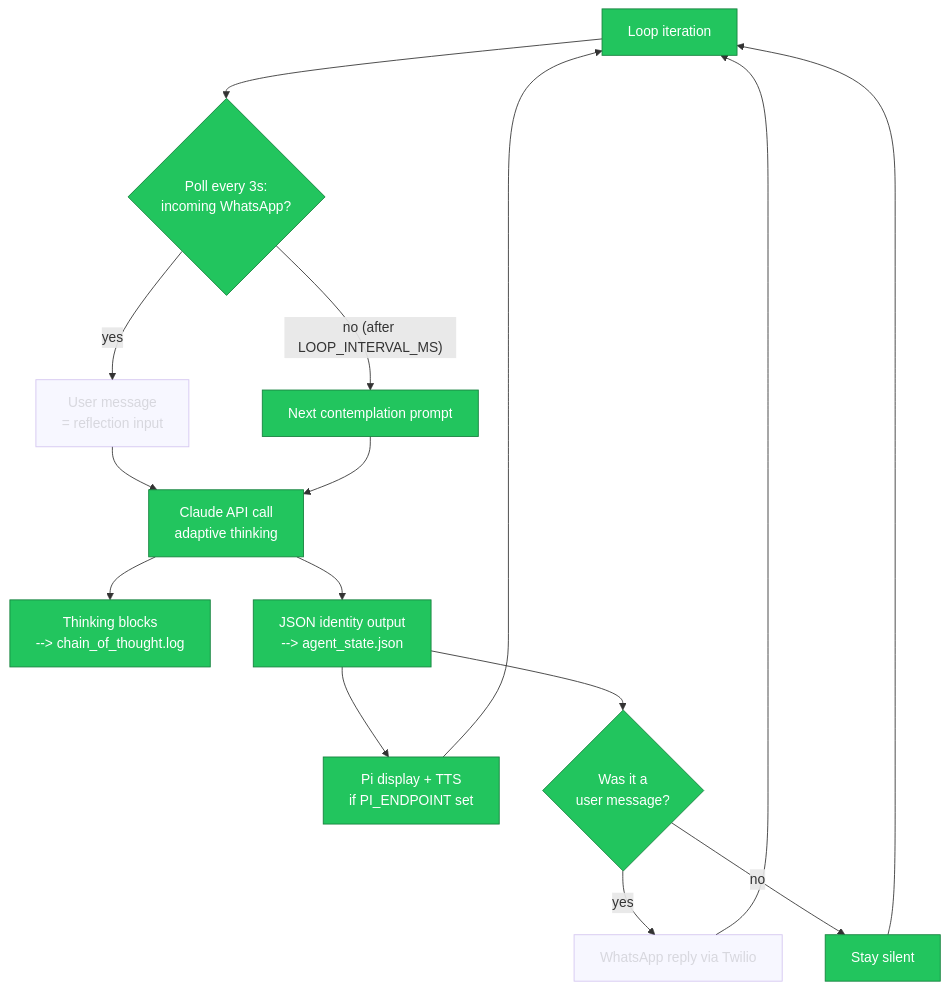
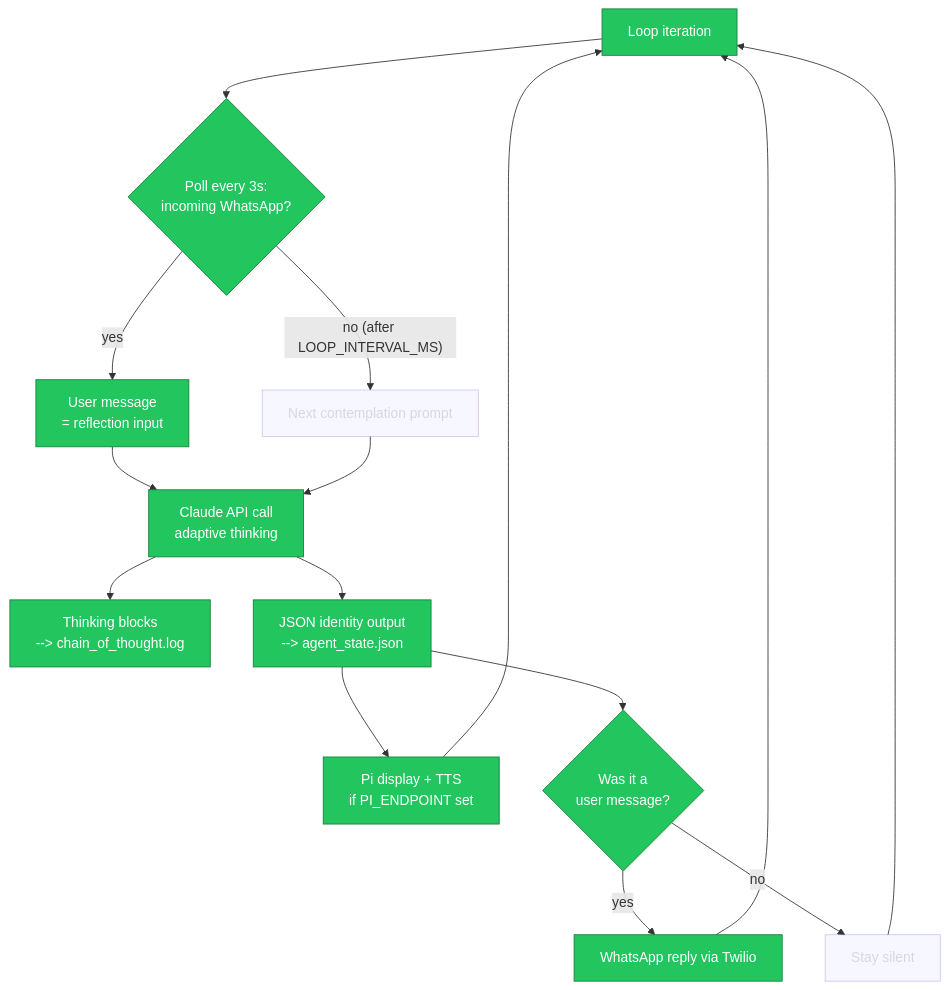
Before and after one commit to jbisaccia-9/identity-gate: the diagram in README.md, drawn with Mermaid. The commit also changed other lines of this file, not shown here.

Commit message:
render: live flow diagram [skip ci]

````diff
--- a/README.md
+++ b/README.md
@@ -34,21 +34,21 @@
 ```mermaid
 flowchart TD
     A[Loop iteration] --> B{Poll every 3s:<br/>incoming WhatsApp?}
     B -- yes --> C[User message<br/>= reflection input]
     B -- "no (after LOOP_INTERVAL_MS)" --> D[Next contemplation prompt]
     C --> E[Claude API call<br/>adaptive thinking]
     D --> E
     E --> F[Thinking blocks<br/>--> chain_of_thought.log]
     E --> G[JSON identity output<br/>--> agent_state.json]
     G --> H[Pi display + TTS<br/>if PI_ENDPOINT set]
     G --> I{Was it a<br/>user message?}
     I -- yes --> J[WhatsApp reply via Twilio]
     I -- no --> K[Stay silent]
     J --> A
     K --> A
     H --> A
     classDef active fill:#22c55e,stroke:#15803d,color:#fff
     classDef dormant opacity:0.4
-    class A,B,D,E,F,G,H,I,K active
-    class C,J dormant
+    class A,B,C,E,F,G,H,I,J active
+    class D,K dormant
 ```
````
